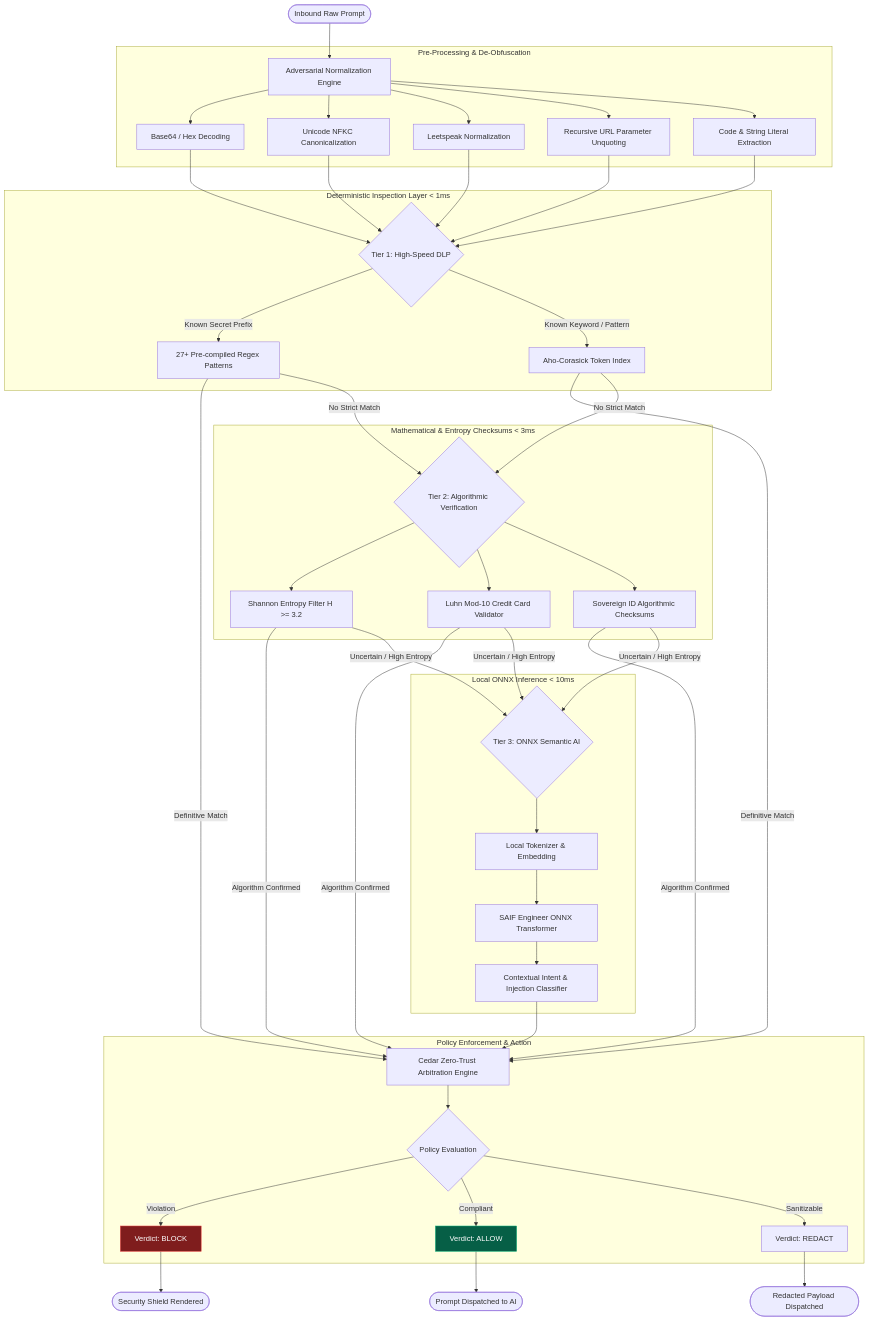
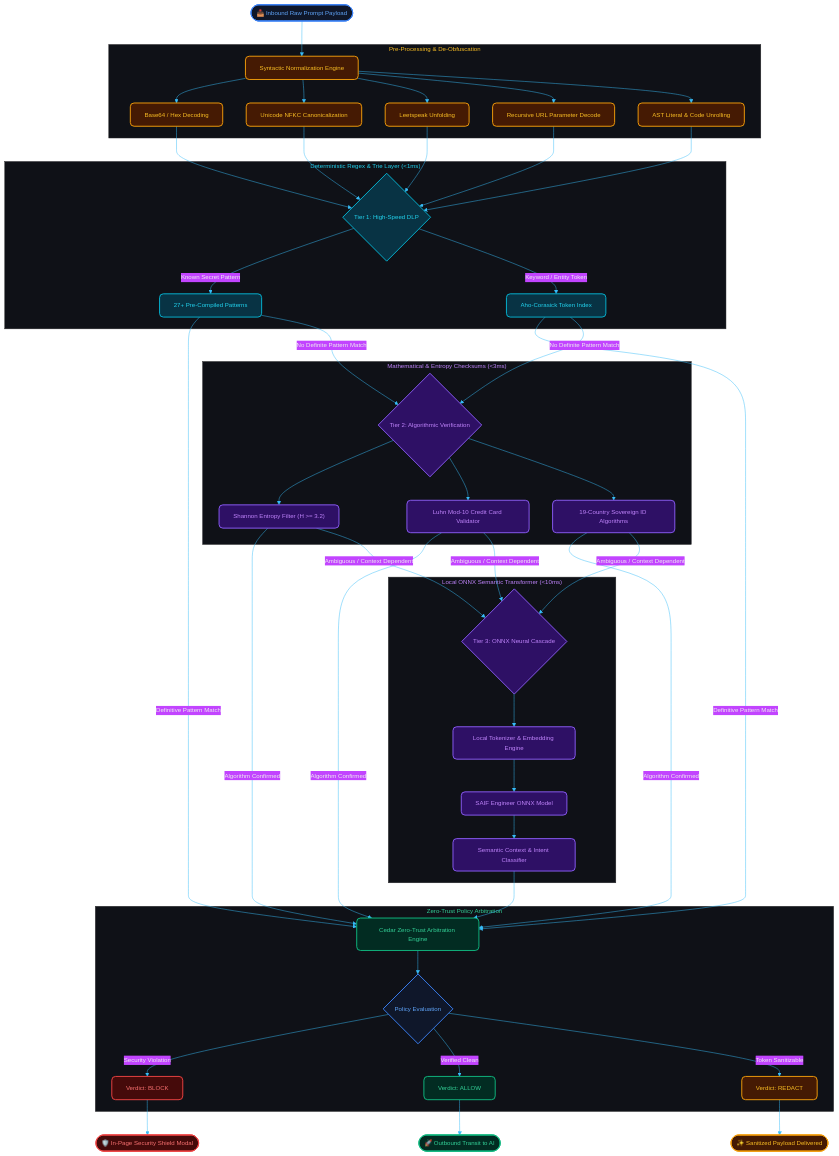
One commit to sudohackfu/saif-free-tier changed the third of 5 diagrams in docs/ARCHITECTURE.md. Above: the diagram before and after it, drawn with Mermaid. The commit also changed other lines of this file and 3 other files, not shown here.

Commit message:
docs(style): theme Mermaid diagrams to match dark cybersecurity aesthetic and embed infographics

````diff
--- a/docs/ARCHITECTURE.md
+++ b/docs/ARCHITECTURE.md
@@ -134,55 +196,77 @@
 ```mermaid
+%%{init: {
+  'theme': 'base',
+  'themeVariables': {
+    'darkMode': true,
+    'background': '#09090b',
+    'mainBkg': '#121217',
+    'nodeBorder': '#27272a',
+    'textColor': '#f4f4f5',
+    'fontFamily': 'Inter, system-ui, -apple-system, sans-serif',
+    'fontSize': '13px',
+    'lineColor': '#38bdf8'
+  }
+}}%%
 flowchart TD
-    START(["Inbound Raw Prompt"]) --> NORM["Adversarial Normalization Engine"]
+    START(["📥 Inbound Raw Prompt Payload"]):::blueNode --> NORM["Syntactic Normalization Engine"]:::amberNode
 
     subgraph Normalization ["Pre-Processing & De-Obfuscation"]
-        NORM --> B64["Base64 / Hex Decoding"]
-        NORM --> UNI["Unicode NFKC Canonicalization"]
-        NORM --> LEET["Leetspeak Normalization"]
-        NORM --> URLD["Recursive URL Parameter Unquoting"]
-        NORM --> AST["Code & String Literal Extraction"]
+        NORM --> B64["Base64 / Hex Decoding"]:::amberNode
+        NORM --> UNI["Unicode NFKC Canonicalization"]:::amberNode
+        NORM --> LEET["Leetspeak Unfolding"]:::amberNode
+        NORM --> URLD["Recursive URL Parameter Decode"]:::amberNode
+        NORM --> AST["AST Literal & Code Unrolling"]:::amberNode
     end
 
-    B64 & UNI & LEET & URLD & AST --> TIER1{"Tier 1: High-Speed DLP"}
+    B64 & UNI & LEET & URLD & AST --> TIER1{"Tier 1: High-Speed DLP"}:::cyanNode
 
-    subgraph FastPath ["Deterministic Inspection Layer < 1ms"]
-        TIER1 -->|"Known Secret Prefix"| REGEX["27+ Pre-compiled Regex Patterns"]
-        TIER1 -->|"Known Keyword / Pattern"| AHO["Aho-Corasick Token Index"]
+    subgraph FastPath ["Deterministic Regex & Trie Layer (<1ms)"]
+        TIER1 -->|"Known Secret Pattern"| REGEX["27+ Pre-Compiled Patterns"]:::cyanNode
+        TIER1 -->|"Keyword / Entity Token"| AHO["Aho-Corasick Token Index"]:::cyanNode
     end
 
-    REGEX & AHO -->|"Definitive Match"| CEDAR
-    REGEX & AHO -->|"No Strict Match"| TIER2{"Tier 2: Algorithmic Verification"}
+    REGEX & AHO -->|"Definitive Pattern Match"| CEDAR
+    REGEX & AHO -->|"No Definite Pattern Match"| TIER2{"Tier 2: Algorithmic Verification"}:::purpleNode
 
-    subgraph MathLayer ["Mathematical & Entropy Checksums < 3ms"]
-        TIER2 --> SHANNON["Shannon Entropy Filter H >= 3.2"]
-        TIER2 --> LUHN["Luhn Mod-10 Credit Card Validator"]
-        TIER2 --> SOV["Sovereign ID Algorithmic Checksums"]
+    subgraph MathLayer ["Mathematical & Entropy Checksums (<3ms)"]
+        TIER2 --> SHANNON["Shannon Entropy Filter (H >= 3.2)"]:::purpleNode
+        TIER2 --> LUHN["Luhn Mod-10 Credit Card Validator"]:::purpleNode
+        TIER2 --> SOV["19-Country Sovereign ID Algorithms"]:::purpleNode
     end
 
     SHANNON & LUHN & SOV -->|"Algorithm Confirmed"| CEDAR
-    SHANNON & LUHN & SOV -->|"Uncertain / High Entropy"| TIER3{"Tier 3: ONNX Semantic AI"}
+    SHANNON & LUHN & SOV -->|"Ambiguous / Context Dependent"| TIER3{"Tier 3: ONNX Neural Cascade"}:::purpleNode
 
-    subgraph NeuralLayer ["Local ONNX Inference < 10ms"]
-        TIER3 --> EMBED["Local Tokenizer & Embedding"]
-        EMBED --> ONNX_ENG["SAIF Engineer ONNX Transformer"]
-        ONNX_ENG --> INTENT["Contextual Intent & Injection Classifier"]
+    subgraph NeuralLayer ["Local ONNX Semantic Transformer (<10ms)"]
+        TIER3 --> EMBED["Local Tokenizer & Embedding Engine"]:::purpleNode
+        EMBED --> ONNX_ENG["SAIF Engineer ONNX Model"]:::purpleNode
+        ONNX_ENG --> INTENT["Semantic Context & Intent Classifier"]:::purpleNode
     end
 
-    INTENT --> CEDAR["Cedar Zero-Trust Arbitration Engine"]
+    INTENT --> CEDAR["Cedar Zero-Trust Arbitration Engine"]:::greenNode
 
-    subgraph Decision ["Policy Enforcement & Action"]
-        CEDAR --> VERDICT{"Policy Evaluation"}
-        VERDICT -->|"Violation"| ACT_BLOCK["Verdict: BLOCK"]
-        VERDICT -->|"Compliant"| ACT_ALLOW["Verdict: ALLOW"]
-        VERDICT -->|"Sanitizable"| ACT_REDACT["Verdict: REDACT"]
+    subgraph Decision ["Zero-Trust Policy Arbitration"]
+        CEDAR --> VERDICT{"Policy Evaluation"}:::blueNode
+        VERDICT -->|"Security Violation"| ACT_BLOCK["Verdict: BLOCK"]:::redNode
+        VERDICT -->|"Verified Clean"| ACT_ALLOW["Verdict: ALLOW"]:::greenNode
+        VERDICT -->|"Token Sanitizable"| ACT_REDACT["Verdict: REDACT"]:::amberNode
     end
 
-    ACT_BLOCK --> OUT(["Security Shield Rendered"])
-    ACT_ALLOW --> OUT_ALLOW(["Prompt Dispatched to AI"])
-    ACT_REDACT --> OUT_REDACT(["Redacted Payload Dispatched"])
+    ACT_BLOCK --> OUT_BLOCK(["🛡️ In-Page Security Shield Modal"]):::redNode
+    ACT_ALLOW --> OUT_ALLOW(["🚀 Outbound Transit to AI"]):::greenNode
+    ACT_REDACT --> OUT_REDACT(["✨ Sanitized Payload Delivered"]):::amberNode
 
-    classDef pass fill:#065f46,stroke:#10b981,stroke-width:1px,color:#fff;
-    classDef block fill:#7f1d1d,stroke:#ef4444,stroke-width:1px,color:#fff;
-    class ACT_ALLOW pass;
-    class ACT_BLOCK block;
+    classDef default fill:#121217,stroke:#27272a,stroke-width:1.5px,color:#f4f4f5,rx:8px,ry:8px;
+    classDef blueNode fill:#0f172a,stroke:#3b82f6,stroke-width:2px,color:#60a5fa,rx:8px,ry:8px;
+    classDef cyanNode fill:#083344,stroke:#06b6d4,stroke-width:2px,color:#22d3ee,rx:8px,ry:8px;
+    classDef greenNode fill:#022c22,stroke:#10b981,stroke-width:2px,color:#34d399,rx:8px,ry:8px;
+    classDef redNode fill:#450a0a,stroke:#ef4444,stroke-width:2px,color:#f87171,rx:8px,ry:8px;
+    classDef amberNode fill:#451a03,stroke:#f59e0b,stroke-width:2px,color:#fbbf24,rx:8px,ry:8px;
+    classDef purpleNode fill:#2e1065,stroke:#8b5cf6,stroke-width:2px,color:#c084fc,rx:8px,ry:8px;
+
+    style Normalization fill:#0f1117,stroke:#27272a,stroke-width:1px,color:#fbbf24;
+    style FastPath fill:#0f1117,stroke:#27272a,stroke-width:1px,color:#22d3ee;
+    style MathLayer fill:#0f1117,stroke:#27272a,stroke-width:1px,color:#c084fc;
+    style NeuralLayer fill:#0f1117,stroke:#27272a,stroke-width:1px,color:#c084fc;
+    style Decision fill:#0f1117,stroke:#27272a,stroke-width:1px,color:#34d399;
 ```
````
